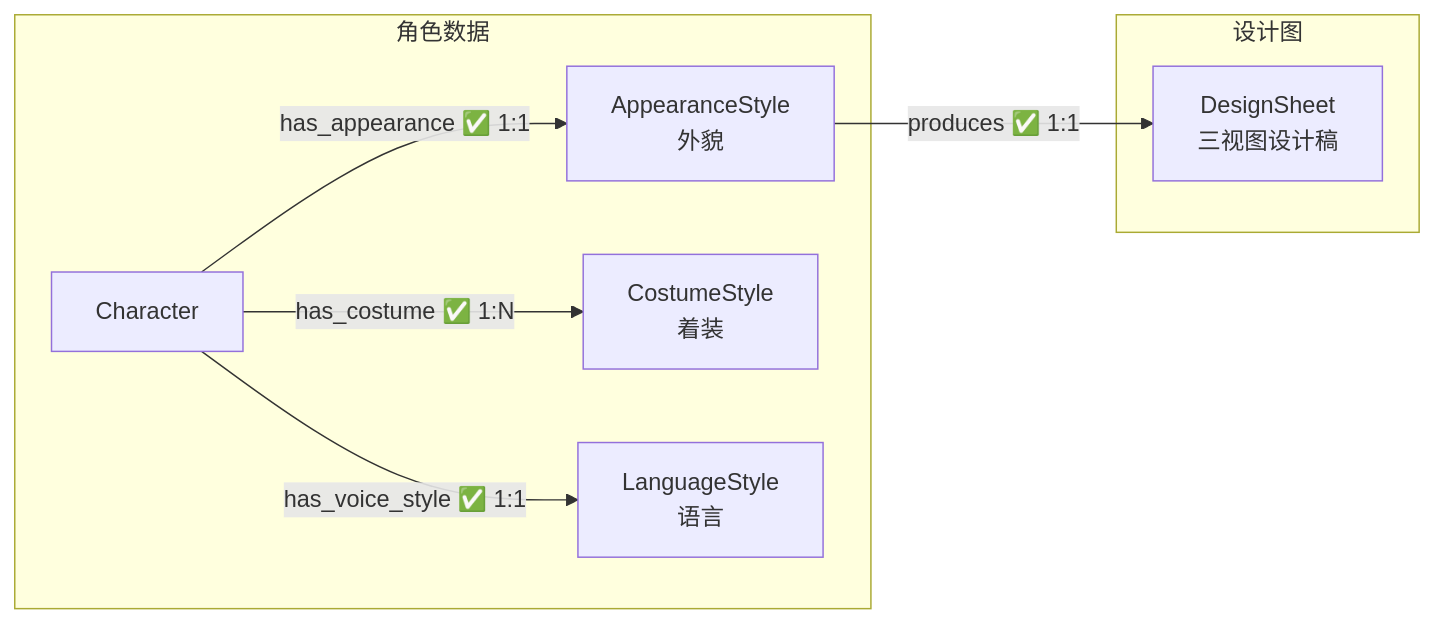
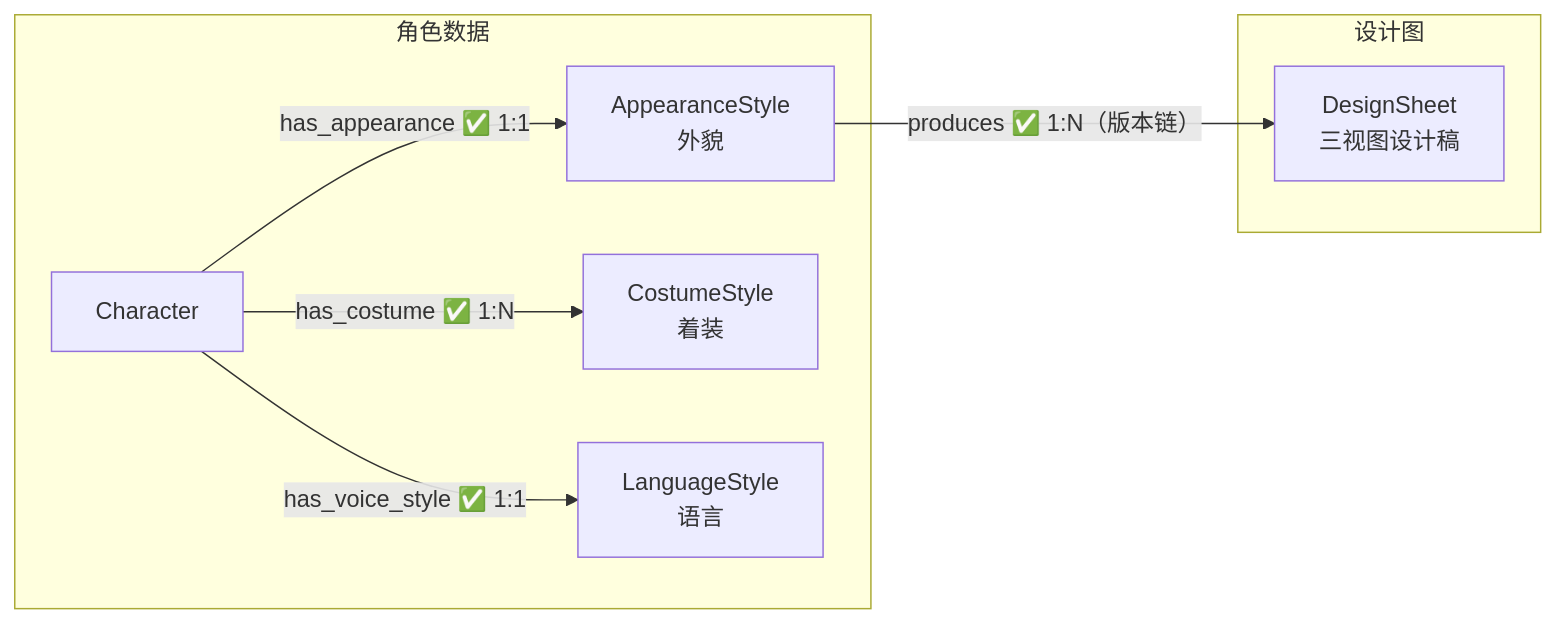
The first of 2 diagrams in 00_init/Schema/角色美术.md (CrazyJinn/ProxyLove), drawn with Mermaid before and after one commit. The commit also changed other lines of this file and 109 other files, not shown here.

````diff
--- a/00_init/Schema/角色美术.md
+++ b/00_init/Schema/角色美术.md
@@ -221,19 +227,19 @@
 ```mermaid
 flowchart LR
     subgraph data["角色数据"]
         Character["Character"]
         Appearance["AppearanceStyle<br/>外貌"]
         Costume["CostumeStyle<br/>着装"]
         Language["LanguageStyle<br/>语言"]
     end
 
     subgraph production["设计图"]
         DesignSheet["DesignSheet<br/>三视图设计稿"]
     end
 
     Character -->|"has_appearance ✅ 1:1"| Appearance
     Character -->|"has_costume ✅ 1:N"| Costume
     Character -->|"has_voice_style ✅ 1:1"| Language
 
-    Appearance -->|"produces ✅ 1:1"| DesignSheet
+    Appearance -->|"produces ✅ 1:N（版本链）"| DesignSheet
 ```
````
